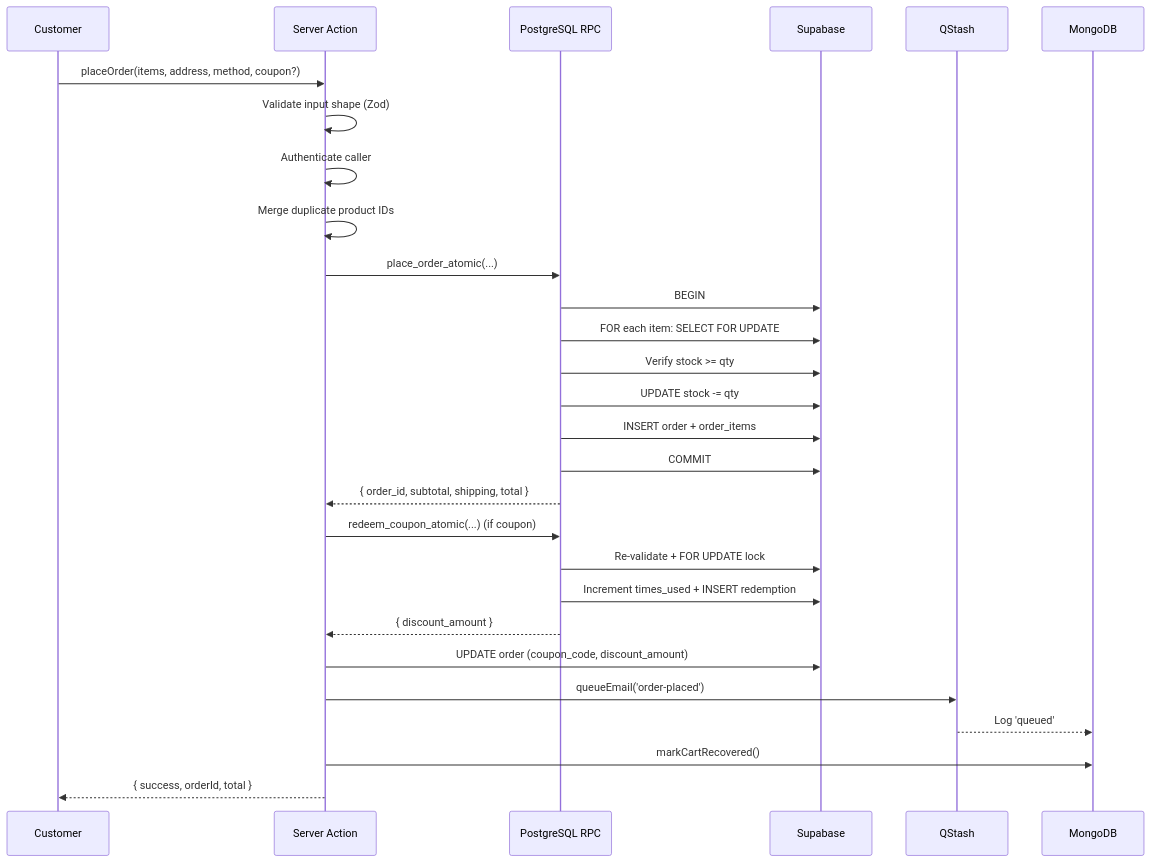
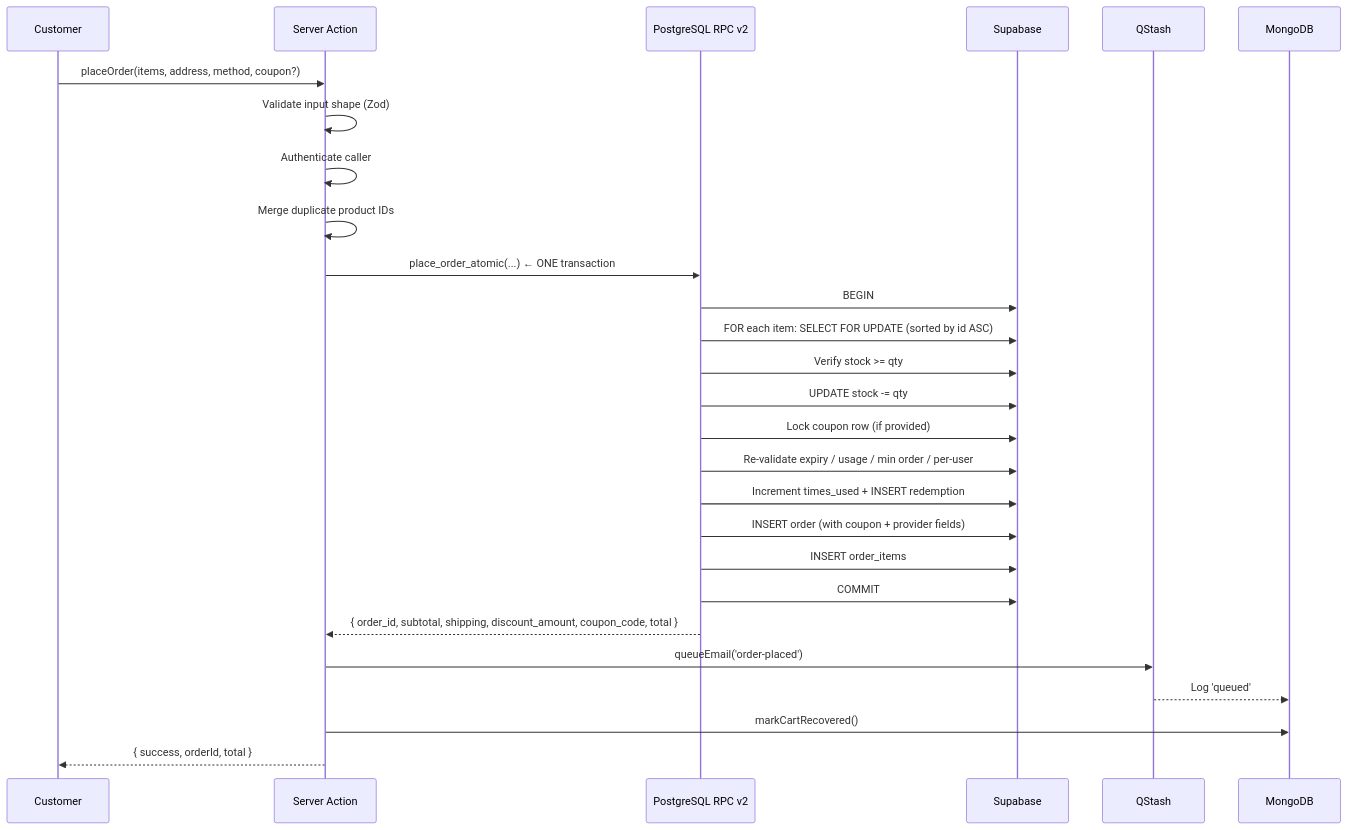
One commit to zainshah3464/vestior-store changed the third of 13 diagrams in README.md. Above: the diagram before and after it, drawn with Mermaid. The commit also changed other lines of this file and 50 other files, not shown here.

````diff
--- a/README.md
+++ b/README.md
@@ -675,31 +918,30 @@
 ```mermaid
 sequenceDiagram
     participant U as Customer
     participant SA as Server Action
-    participant RPC as PostgreSQL RPC
+    participant RPC as PostgreSQL RPC v2
     participant DB as Supabase
     participant Q as QStash
     participant M as MongoDB
 
     U->>SA: placeOrder(items, address, method, coupon?)
     SA->>SA: Validate input shape (Zod)
     SA->>SA: Authenticate caller
     SA->>SA: Merge duplicate product IDs
-    SA->>RPC: place_order_atomic(...)
+    SA->>RPC: place_order_atomic(...) ← ONE transaction
     RPC->>DB: BEGIN
-    RPC->>DB: FOR each item: SELECT FOR UPDATE
+    RPC->>DB: FOR each item: SELECT FOR UPDATE (sorted by id ASC)
     RPC->>DB: Verify stock >= qty
     RPC->>DB: UPDATE stock -= qty
-    RPC->>DB: INSERT order + order_items
+    RPC->>DB: Lock coupon row (if provided)
+    RPC->>DB: Re-validate expiry / usage / min order / per-user
+    RPC->>DB: Increment times_used + INSERT redemption
+    RPC->>DB: INSERT order (with coupon + provider fields)
+    RPC->>DB: INSERT order_items
     RPC->>DB: COMMIT
-    RPC-->>SA: { order_id, subtotal, shipping, total }
-    SA->>RPC: redeem_coupon_atomic(...) (if coupon)
-    RPC->>DB: Re-validate + FOR UPDATE lock
-    RPC->>DB: Increment times_used + INSERT redemption
-    RPC-->>SA: { discount_amount }
-    SA->>DB: UPDATE order (coupon_code, discount_amount)
+    RPC-->>SA: { order_id, subtotal, shipping, discount_amount, coupon_code, total }
     SA->>Q: queueEmail('order-placed')
     Q-->>M: Log 'queued'
     SA->>M: markCartRecovered()
     SA-->>U: { success, orderId, total }
 ```
````
